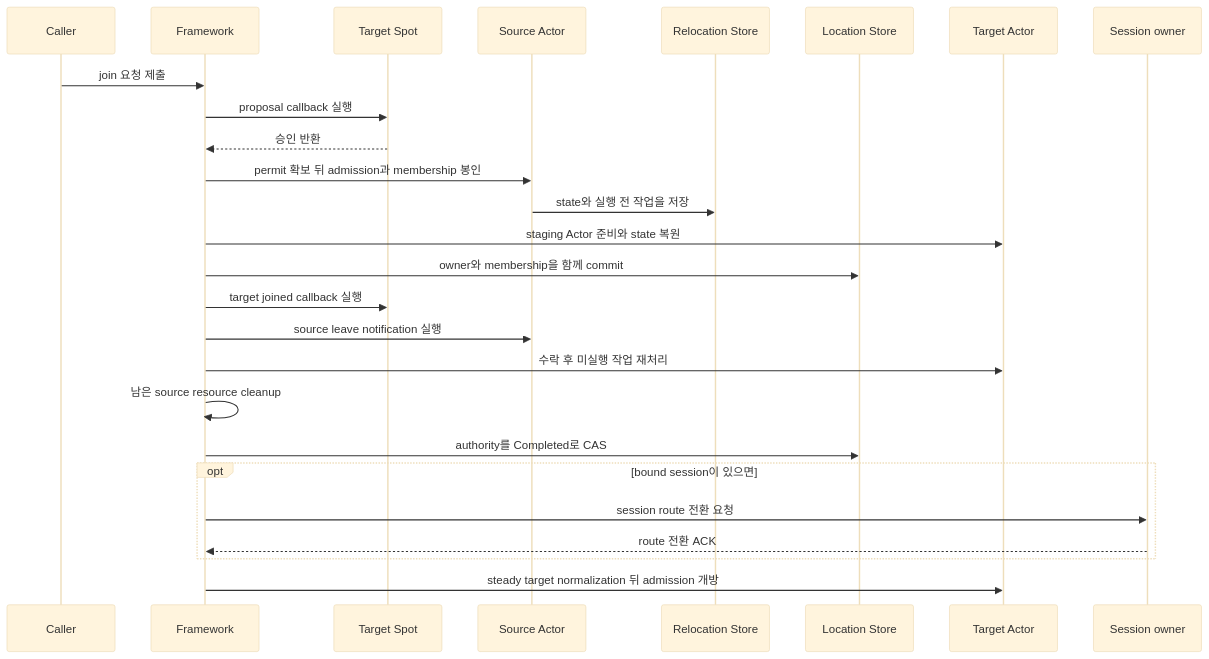
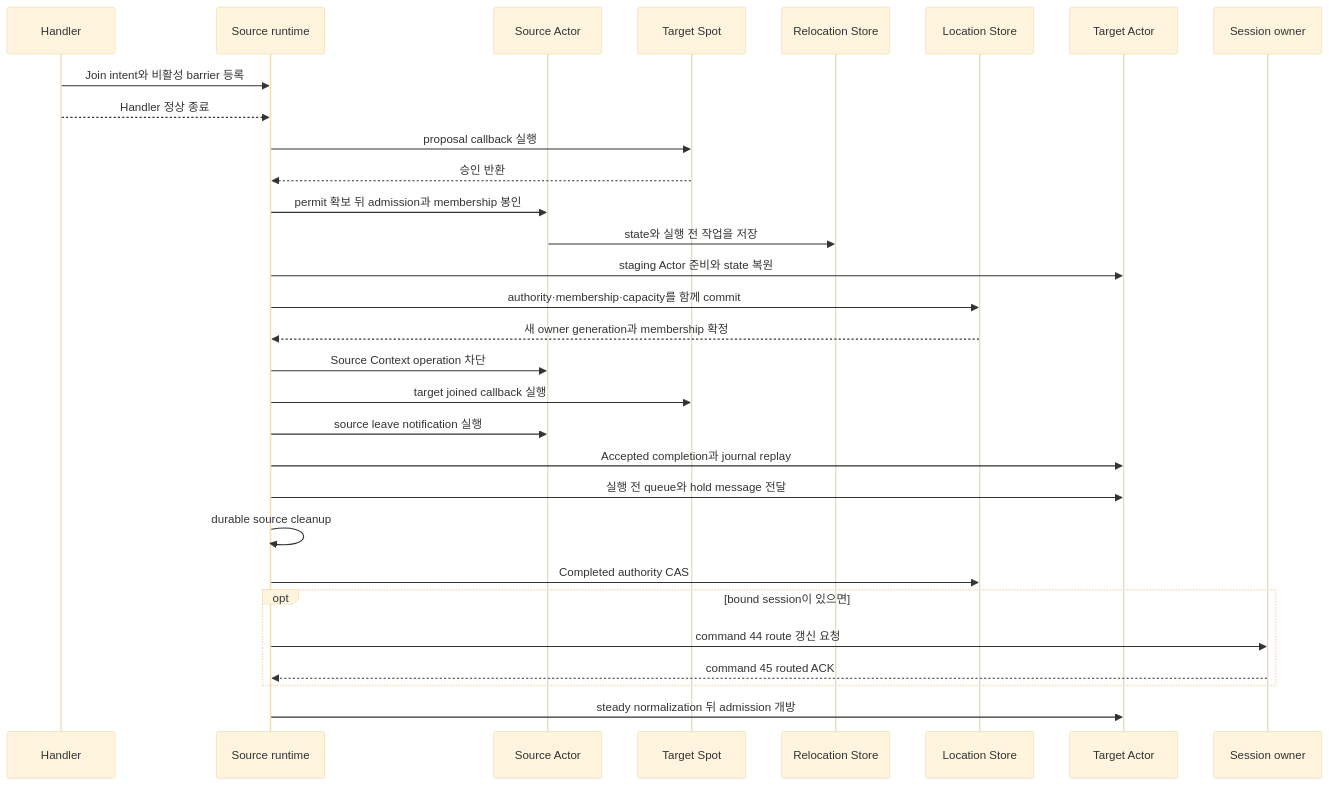
The second of 2 diagrams in framework/doc/framework/common/spec/23-spot-actor.ko.md (kairos-code-dev/zlink), drawn with Mermaid (base theme) before and after one commit. The commit also changed other lines of this file and 920 other files, not shown here.

Commit message:
feat(framework): advance v11 runtime contracts

````diff
--- a/framework/doc/framework/common/spec/23-spot-actor.ko.md
+++ b/framework/doc/framework/common/spec/23-spot-actor.ko.md
@@ -314,29 +404,33 @@
 ```mermaid
 sequenceDiagram
-    participant Caller
-    participant Framework
+    participant Handler
+    participant SourceRuntime as Source runtime
+    participant SourceActor as Source Actor
     participant TargetSpot as Target Spot
-    participant SourceActor as Source Actor
     participant RelocationStore as Relocation Store
     participant LocationStore as Location Store
     participant TargetActor as Target Actor
     participant SessionOwner as Session owner
 
-    Caller->>Framework: join 요청 제출
-    Framework->>TargetSpot: proposal callback 실행
-    TargetSpot-->>Framework: 승인 반환
-    Framework->>SourceActor: permit 확보 뒤 admission과 membership 봉인
+    Handler->>SourceRuntime: Join intent와 비활성 barrier 등록
+    Handler-->>SourceRuntime: Handler 정상 종료
+    SourceRuntime->>TargetSpot: proposal callback 실행
+    TargetSpot-->>SourceRuntime: 승인 반환
+    SourceRuntime->>SourceActor: permit 확보 뒤 admission과 membership 봉인
     SourceActor->>RelocationStore: state와 실행 전 작업을 저장
-    Framework->>TargetActor: staging Actor 준비와 state 복원
-    Framework->>LocationStore: owner와 membership을 함께 commit
-    Framework->>TargetSpot: target joined callback 실행
-    Framework->>SourceActor: source leave notification 실행
-    Framework->>TargetActor: 수락 후 미실행 작업 재처리
-    Framework->>Framework: 남은 source resource cleanup
-    Framework->>LocationStore: authority를 Completed로 CAS
+    SourceRuntime->>TargetActor: staging Actor 준비와 state 복원
+    SourceRuntime->>LocationStore: authority·membership·capacity를 함께 commit
+    LocationStore-->>SourceRuntime: 새 owner generation과 membership 확정
+    SourceRuntime->>SourceActor: Source Context operation 차단
+    SourceRuntime->>TargetSpot: target joined callback 실행
+    SourceRuntime->>SourceActor: source leave notification 실행
+    SourceRuntime->>TargetActor: Accepted completion과 journal replay
+    SourceRuntime->>TargetActor: 실행 전 queue와 hold message 전달
+    SourceRuntime->>SourceRuntime: durable source cleanup
+    SourceRuntime->>LocationStore: Completed authority CAS
     opt bound session이 있으면
-        Framework->>SessionOwner: session route 전환 요청
-        SessionOwner-->>Framework: route 전환 ACK
+        SourceRuntime->>SessionOwner: command 44 route 갱신 요청
+        SessionOwner-->>SourceRuntime: command 45 routed ACK
     end
-    Framework->>TargetActor: steady target normalization 뒤 admission 개방
+    SourceRuntime->>TargetActor: steady normalization 뒤 admission 개방
 ```
````
